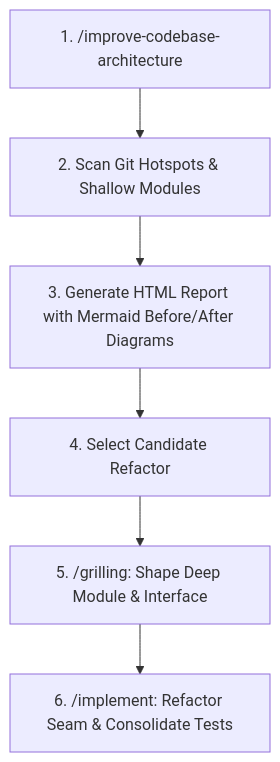
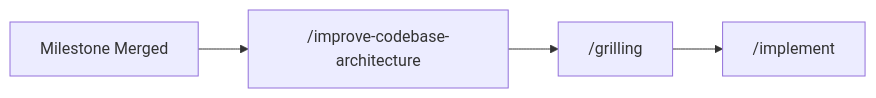
One commit to jackmaders/watchpoint changed the sixth of 7 diagrams in docs/agents/workflows.md. Above: the diagram before and after it, drawn with Mermaid. The commit also changed other lines of this file, not shown here.

````diff
--- a/docs/agents/workflows.md
+++ b/docs/agents/workflows.md
@@ -172,8 +106,6 @@
 ```mermaid
-graph TD
-    A["1. /improve-codebase-architecture"] --> B["2. Scan Git Hotspots & Shallow Modules"]
-    B --> C["3. Generate HTML Report with Mermaid Before/After Diagrams"]
-    C --> D["4. Select Candidate Refactor"]
-    D --> E["5. /grilling: Shape Deep Module & Interface"]
-    E --> F["6. /implement: Refactor Seam & Consolidate Tests"]
+graph LR
+    A["Milestone Merged"] --> B["/improve-codebase-architecture"]
+    B --> C["/grilling"]
+    C --> D["/implement"]
 ```
````
